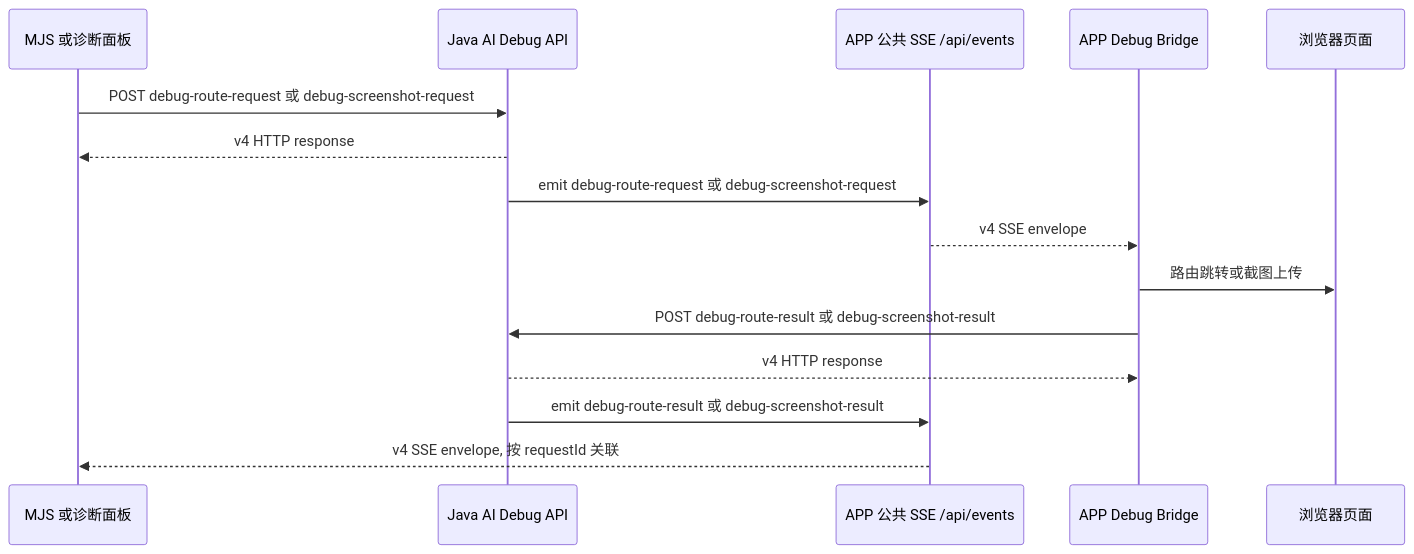
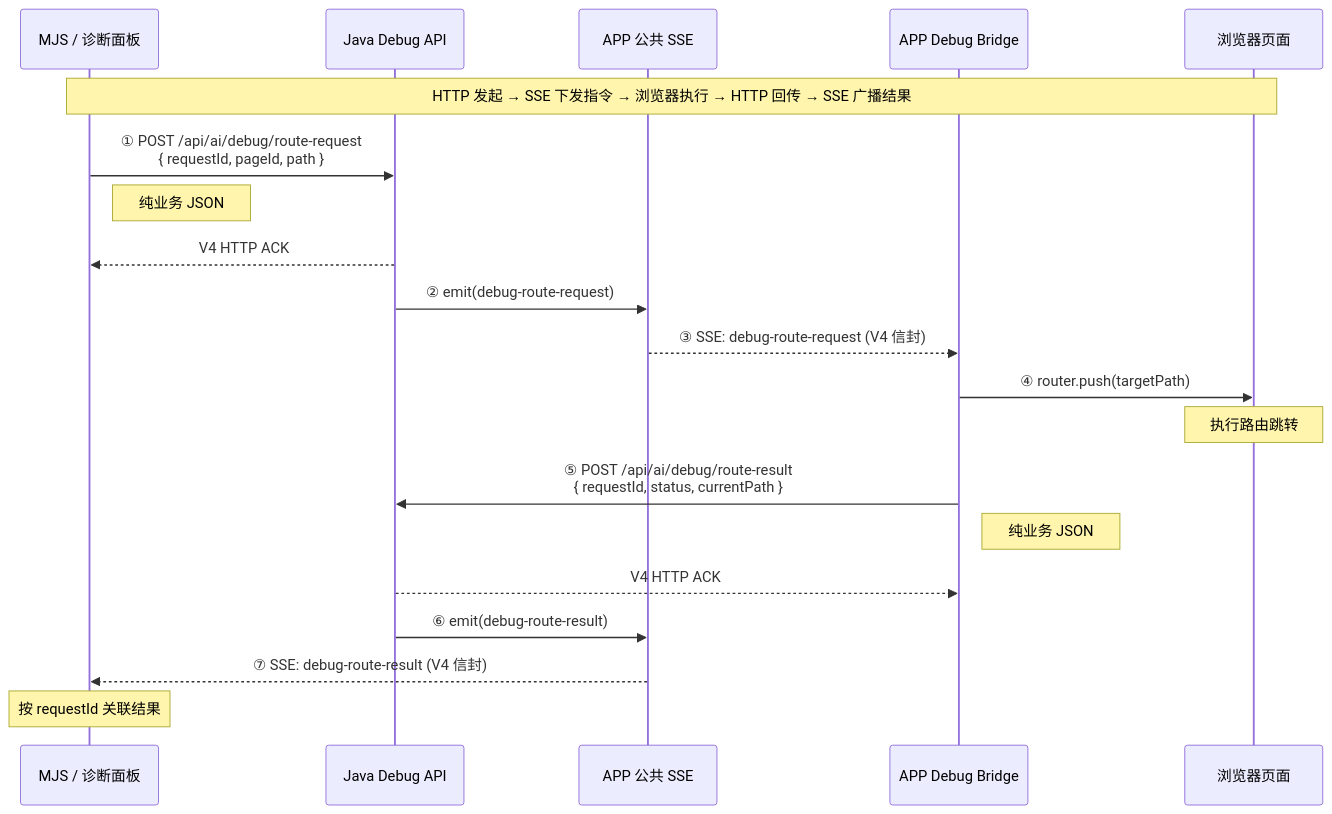
Before and after one commit to LMSpark/spark-view-vue: diagram 16 of 21 in docs/api/SPARK_COMMUNICATION_ENVELOPE_V4.md, drawn with Mermaid. The commit also changed other lines of this file and 11 other files, not shown here.

````diff
--- a/docs/api/SPARK_COMMUNICATION_ENVELOPE_V4.md
+++ b/docs/api/SPARK_COMMUNICATION_ENVELOPE_V4.md
@@ -167,18 +692,28 @@
 ```mermaid
 sequenceDiagram
-  participant Tester as MJS 或诊断面板
-  participant Api as Java AI Debug API
-  participant Bus as APP 公共 SSE /api/events
-  participant Bridge as APP Debug Bridge
-  participant App as 浏览器页面
+    participant Tester as MJS / 诊断面板
+    participant API as Java Debug API
+    participant Bus as APP 公共 SSE
+    participant Bridge as APP Debug Bridge
+    participant Page as 浏览器页面
 
-  Tester->>Api: POST debug-route-request 或 debug-screenshot-request
-  Api-->>Tester: v4 HTTP response
-  Api->>Bus: emit debug-route-request 或 debug-screenshot-request
-  Bus-->>Bridge: v4 SSE envelope
-  Bridge->>App: 路由跳转或截图上传
-  Bridge->>Api: POST debug-route-result 或 debug-screenshot-result
-  Api-->>Bridge: v4 HTTP response
-  Api->>Bus: emit debug-route-result 或 debug-screenshot-result
-  Bus-->>Tester: v4 SSE envelope, 按 requestId 关联
+    Note over Tester,Page: HTTP 发起 → SSE 下发指令 → 浏览器执行 → HTTP 回传 → SSE 广播结果
+
+    Tester->>API: ① POST /api/ai/debug/route-request<br/>{ requestId, pageId, path }
+    Note right of Tester: 纯业务 JSON
+    API-->>Tester: V4 HTTP ACK
+
+    API->>Bus: ② emit(debug-route-request)
+    Bus-->>Bridge: ③ SSE: debug-route-request (V4 信封)
+
+    Bridge->>Page: ④ router.push(targetPath)
+    Note over Page: 执行路由跳转
+
+    Bridge->>API: ⑤ POST /api/ai/debug/route-result<br/>{ requestId, status, currentPath }
+    Note right of Bridge: 纯业务 JSON
+    API-->>Bridge: V4 HTTP ACK
+
+    API->>Bus: ⑥ emit(debug-route-result)
+    Bus-->>Tester: ⑦ SSE: debug-route-result (V4 信封)
+    Note over Tester: 按 requestId 关联结果
 ```
````
